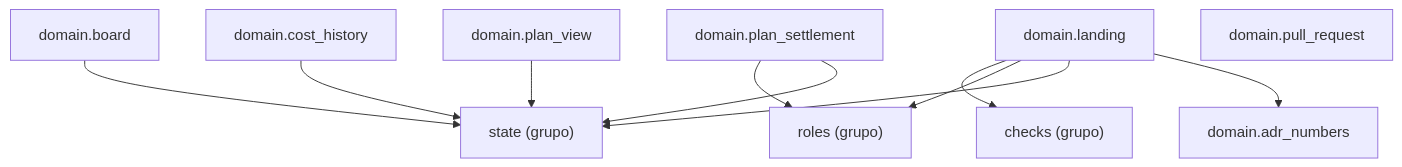
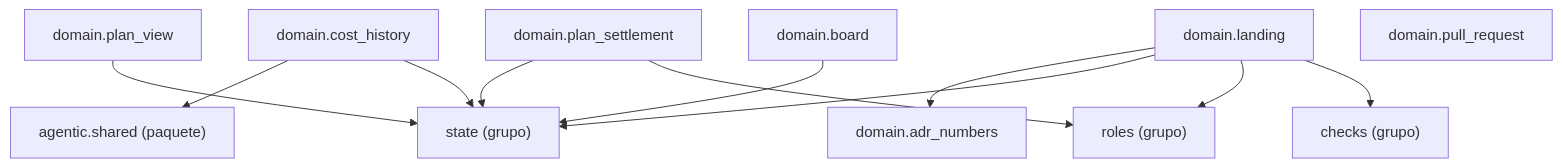
Before and after one commit to GonzaloZevallos/agentic-system: the diagram in docs/architecture/generated/packages-process-domain-landing.md, drawn with Mermaid. The commit also changed 1 other file, not shown here.

Commit message:
Regenerate the architecture graphs after cost_history and schemas import shared
The DEFAULT_PLAN_SHAPE single source adds two edges to agentic.shared; the docs check
fails while the generated pages are stale.

````diff
--- a/docs/architecture/generated/packages-process-domain-landing.md
+++ b/docs/architecture/generated/packages-process-domain-landing.md
@@ -11,22 +11,24 @@
 ```mermaid
 graph TD
     g_domain__checks["checks (grupo)"]
     g_domain__roles["roles (grupo)"]
     g_domain__state["state (grupo)"]
+    g_pkg__agentic__shared["agentic.shared (paquete)"]
     m_domain__adr_numbers["domain.adr_numbers"]
     m_domain__board["domain.board"]
     m_domain__cost_history["domain.cost_history"]
     m_domain__landing["domain.landing"]
     m_domain__plan_settlement["domain.plan_settlement"]
     m_domain__plan_view["domain.plan_view"]
     m_domain__pull_request["domain.pull_request"]
     m_domain__board --> g_domain__state
     m_domain__cost_history --> g_domain__state
+    m_domain__cost_history --> g_pkg__agentic__shared
     m_domain__landing --> g_domain__checks
     m_domain__landing --> g_domain__roles
     m_domain__landing --> g_domain__state
     m_domain__landing --> m_domain__adr_numbers
     m_domain__plan_settlement --> g_domain__roles
     m_domain__plan_settlement --> g_domain__state
     m_domain__plan_view --> g_domain__state
 ```
````
